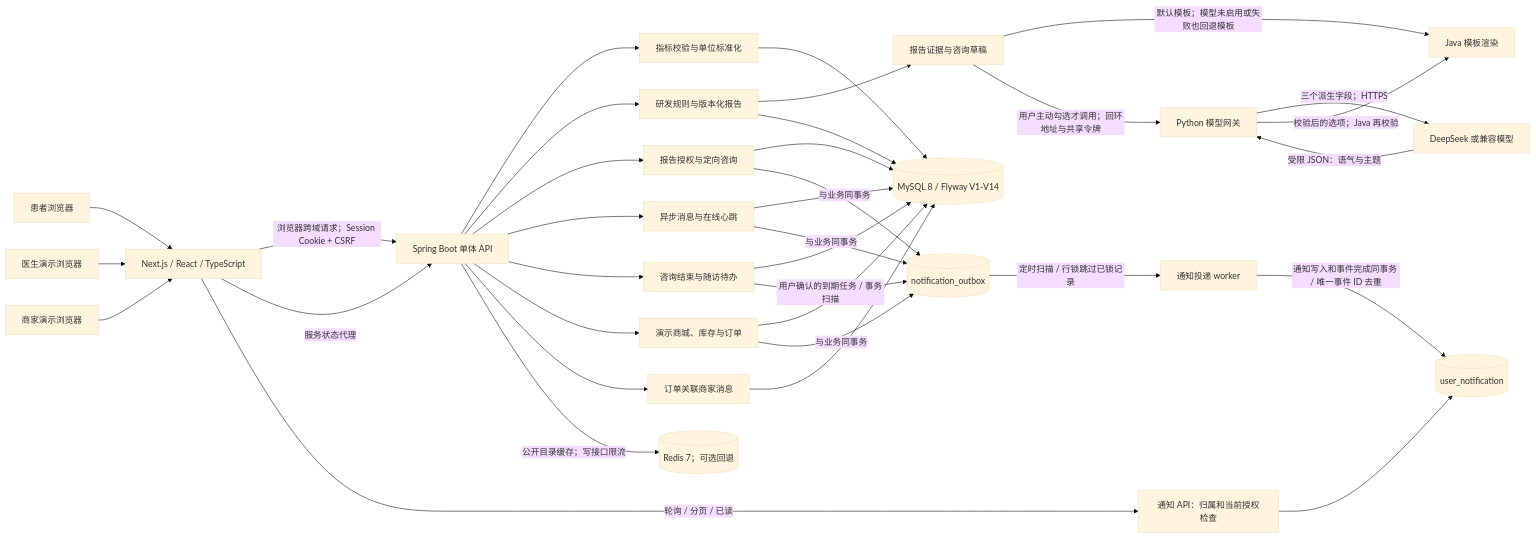
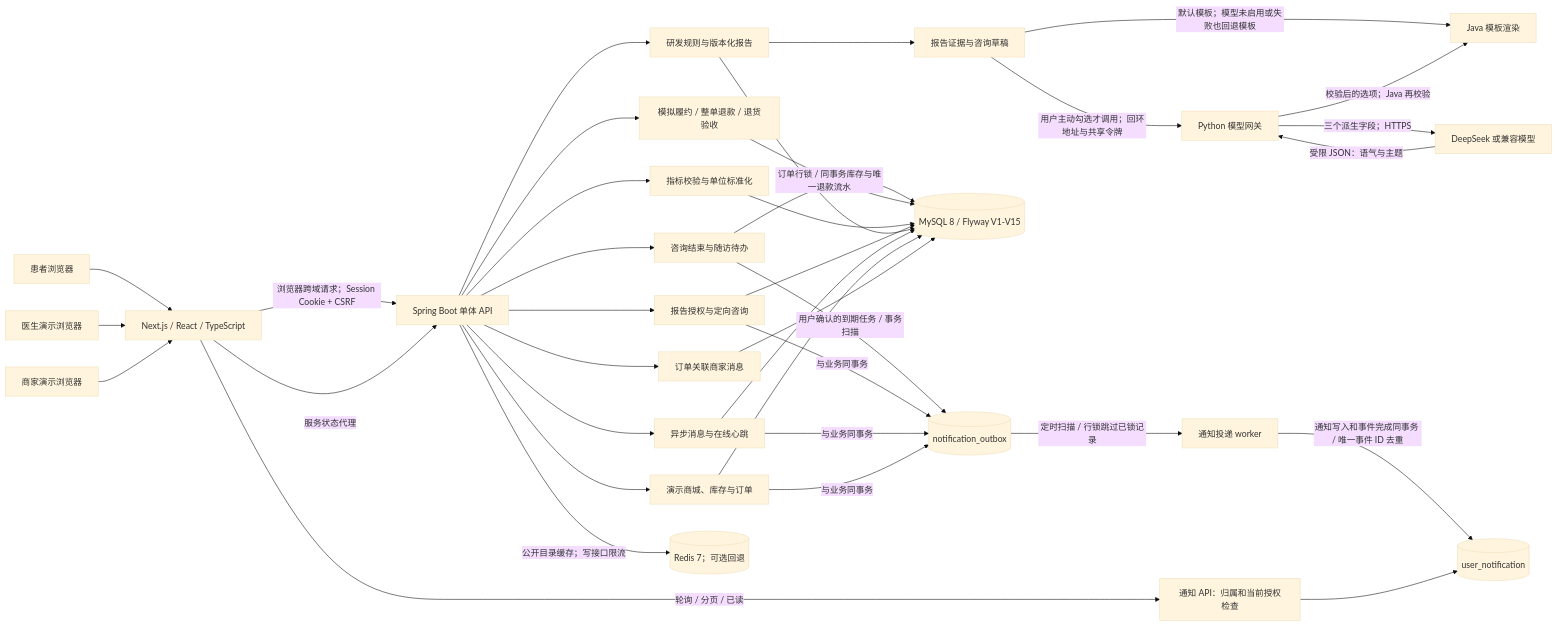
Before and after one commit to mxxx-account/JWZZ: the diagram in docs/architecture.md, drawn with Mermaid (base theme). The commit also changed 20 other files, not shown here.

````diff
--- a/docs/architecture.md
+++ b/docs/architecture.md
@@ -5,30 +5,32 @@
 ```mermaid
 flowchart LR
   U[患者浏览器] --> N[Next.js / React / TypeScript]
   D[医生演示浏览器] --> N
   S[商家演示浏览器] --> N
   N -->|浏览器跨域请求；Session Cookie + CSRF| A[Spring Boot 单体 API]
   N -->|服务状态代理| A
   A --> I[指标校验与单位标准化]
   A --> R[研发规则与版本化报告]
   R --> P[报告证据与咨询草稿]
   P -->|默认模板；模型未启用或失败也回退模板| T[Java 模板渲染]
   P -->|用户主动勾选才调用；回环地址与共享令牌| PY[Python 模型网关]
   PY -->|三个派生字段；HTTPS| LLM[DeepSeek 或兼容模型]
   LLM -->|受限 JSON：语气与主题| PY
   PY -->|校验后的选项；Java 再校验| T
   A --> G[报告授权与定向咨询]
   A --> M[异步消息与在线心跳]
   A --> F[咨询结束与随访待办]
   F --> SQL
   F -->|用户确认的到期任务 / 事务扫描| O
   A --> C[演示商城、库存与订单]
   A --> SM[订单关联商家消息]
-  I & R & G & M & C & SM --> SQL[(MySQL 8 / Flyway V1-V14)]
+  A --> RF[模拟履约 / 整单退款 / 退货验收]
+  RF -->|订单行锁 / 同事务库存与唯一退款流水| SQL
+  I & R & G & M & C & SM --> SQL[(MySQL 8 / Flyway V1-V15)]
   G & M & C -->|与业务同事务| O[(notification_outbox)]
   O -->|定时扫描 / 行锁跳过已锁记录| W[通知投递 worker]
   W -->|通知写入和事件完成同事务 / 唯一事件 ID 去重| NI[(user_notification)]
   N -->|轮询 / 分页 / 已读| NA[通知 API：归属和当前授权检查]
   NA --> NI
   A -->|公开目录缓存；写接口限流| REDIS[(Redis 7；可选回退)]
 ```
````
